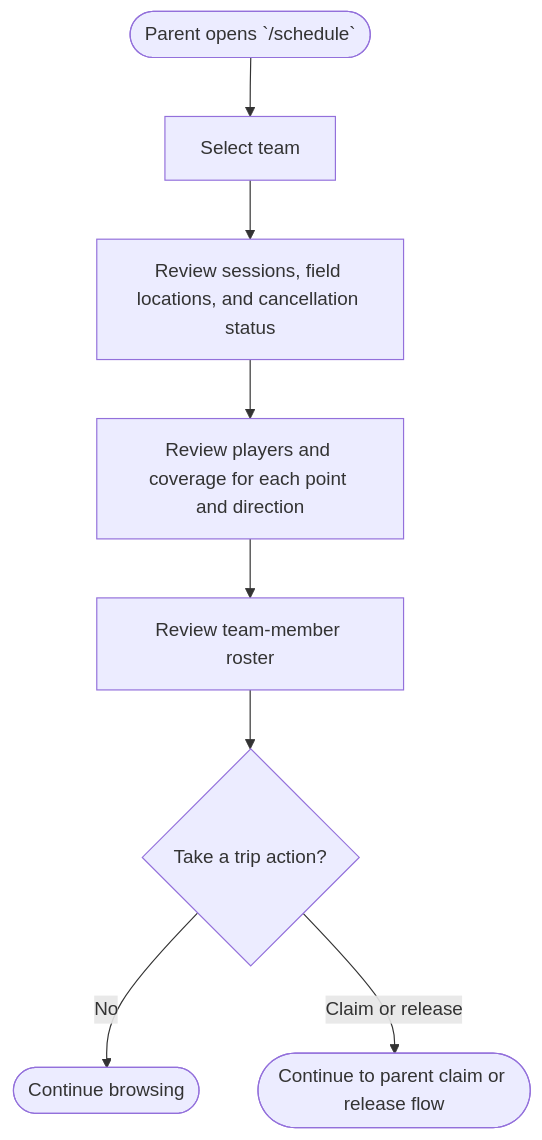
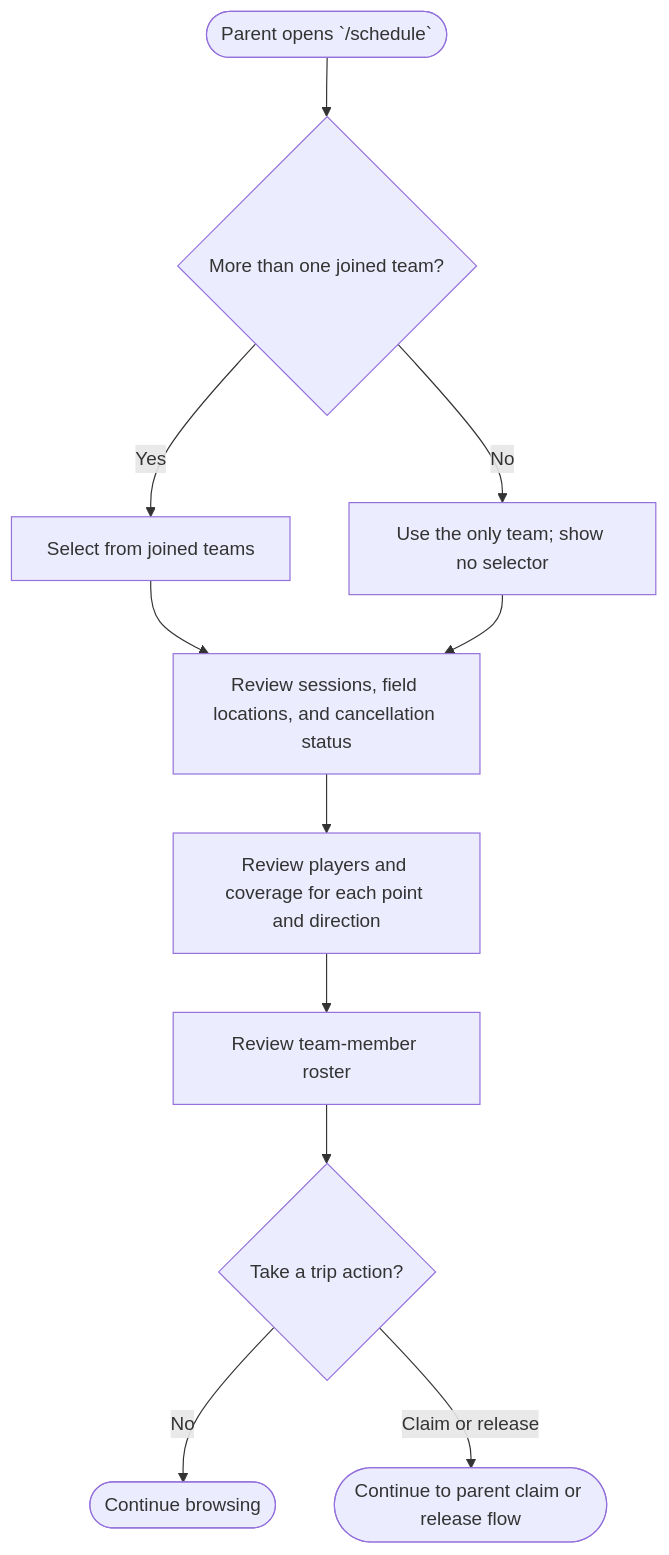
Before and after one commit to kazes5/soccer: diagram 20 of 27 in docs/flow-charts.md, drawn with Mermaid. The commit also changed other lines of this file and 18 other files, not shown here.

Commit message:
Clarify parent team visibility

````diff
--- a/docs/flow-charts.md
+++ b/docs/flow-charts.md
@@ -376,10 +376,13 @@
 ```mermaid
 flowchart TD
-    A([Parent opens `/schedule`]) --> B[Select team]
-    B --> C[Review sessions, field locations, and cancellation status]
-    C --> D[Review players and coverage for each point and direction]
-    D --> E[Review team-member roster]
-    E --> F{Take a trip action?}
-    F -->|No| G([Continue browsing])
-    F -->|Claim or release| H([Continue to parent claim or release flow])
+    A([Parent opens `/schedule`]) --> B{More than one joined team?}
+    B -->|Yes| C[Select from joined teams]
+    B -->|No| D[Use the only team; show no selector]
+    C --> E[Review sessions, field locations, and cancellation status]
+    D --> E
+    E --> F[Review players and coverage for each point and direction]
+    F --> G[Review team-member roster]
+    G --> H{Take a trip action?}
+    H -->|No| I([Continue browsing])
+    H -->|Claim or release| J([Continue to parent claim or release flow])
 ```
````
